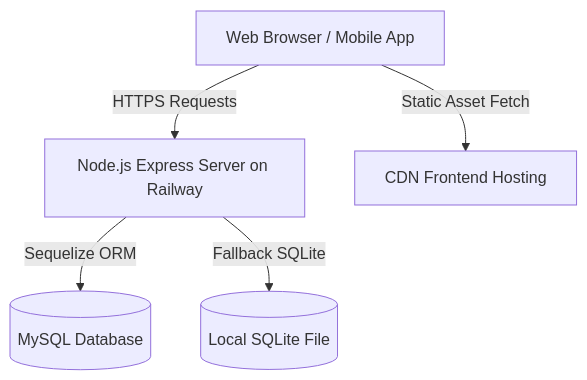
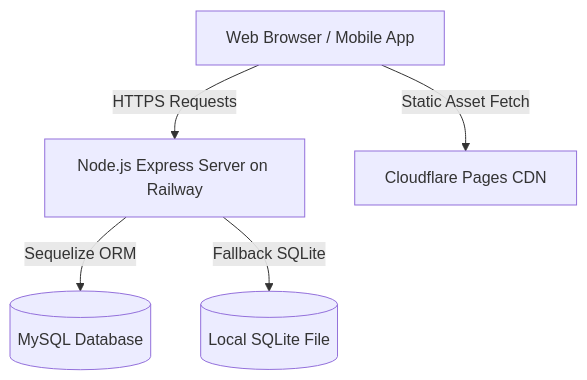
One commit to soundhararajanmuthuvel-hub/vian-erp changed the diagram in docs/deployment_guide.md. Above: the diagram before and after it, drawn with Mermaid. The commit also changed other lines of this file and 6 other files, not shown here.

Commit message:
chore(deploy): configure cloudflare pages deployment via github actions

````diff
--- a/docs/deployment_guide.md
+++ b/docs/deployment_guide.md
@@ -11,7 +11,7 @@
 ```mermaid
 graph TD
     Client[Web Browser / Mobile App] -->|HTTPS Requests| Backend[Node.js Express Server on Railway]
-    Client -->|Static Asset Fetch| Netlify[CDN Frontend Hosting]
+    Client -->|Static Asset Fetch| Cloudflare[Cloudflare Pages CDN]
     Backend -->|Sequelize ORM| MySQL[(MySQL Database)]
     Backend -->|Fallback SQLite| SQLite[(Local SQLite File)]
 ```
````
